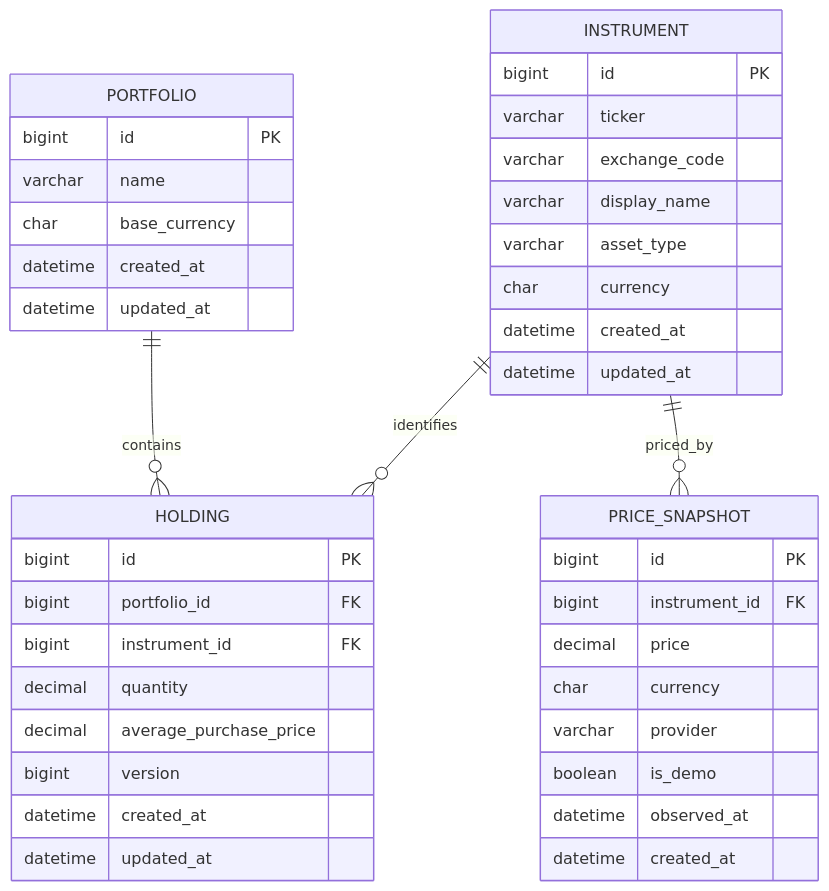
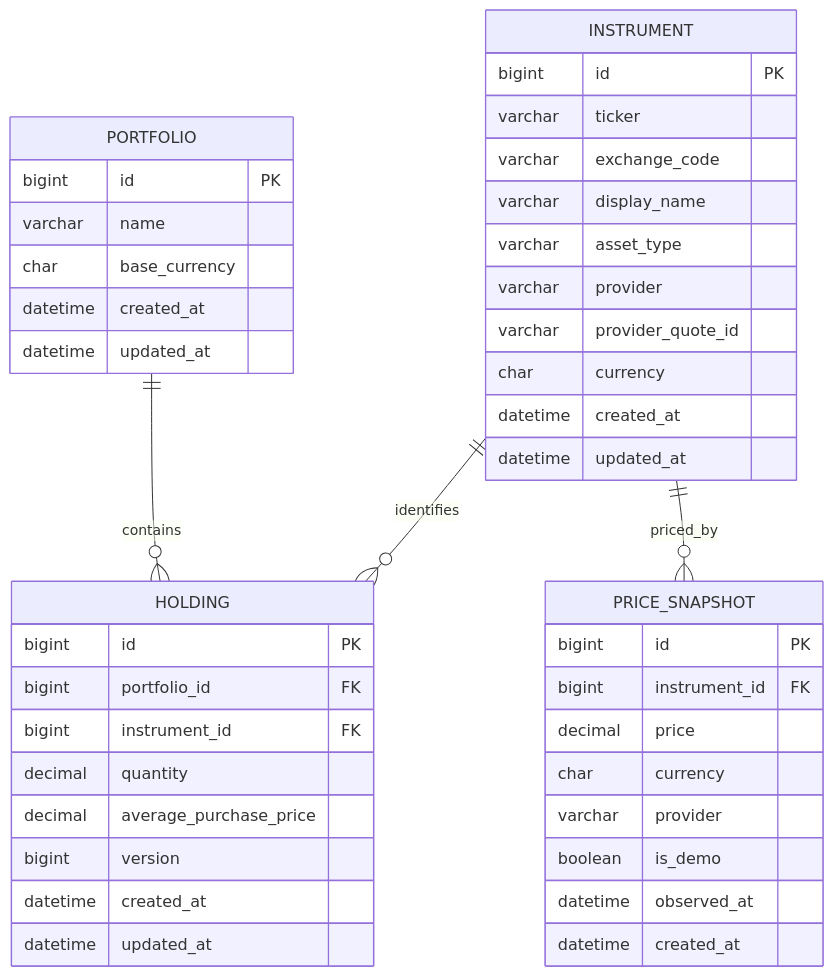
One commit to wiwiiwiii/HoldHive changed the diagram in docs/guideline/project/database_design_zh.md. Above: the diagram before and after it, drawn with Mermaid. The commit also changed other lines of this file and 36 other files, not shown here.

````diff
--- a/docs/guideline/project/database_design_zh.md
+++ b/docs/guideline/project/database_design_zh.md
@@ -37,47 +37,49 @@
 ```mermaid
 erDiagram
     PORTFOLIO ||--o{ HOLDING : contains
     INSTRUMENT ||--o{ HOLDING : identifies
     INSTRUMENT ||--o{ PRICE_SNAPSHOT : priced_by
 
     PORTFOLIO {
         bigint id PK
         varchar name
         char base_currency
         datetime created_at
         datetime updated_at
     }
 
     INSTRUMENT {
         bigint id PK
         varchar ticker
         varchar exchange_code
         varchar display_name
         varchar asset_type
+        varchar provider
+        varchar provider_quote_id
         char currency
         datetime created_at
         datetime updated_at
     }
 
     HOLDING {
         bigint id PK
         bigint portfolio_id FK
         bigint instrument_id FK
         decimal quantity
         decimal average_purchase_price
         bigint version
         datetime created_at
         datetime updated_at
     }
 
     PRICE_SNAPSHOT {
         bigint id PK
         bigint instrument_id FK
         decimal price
         char currency
         varchar provider
         boolean is_demo
         datetime observed_at
         datetime created_at
     }
 ```
````
